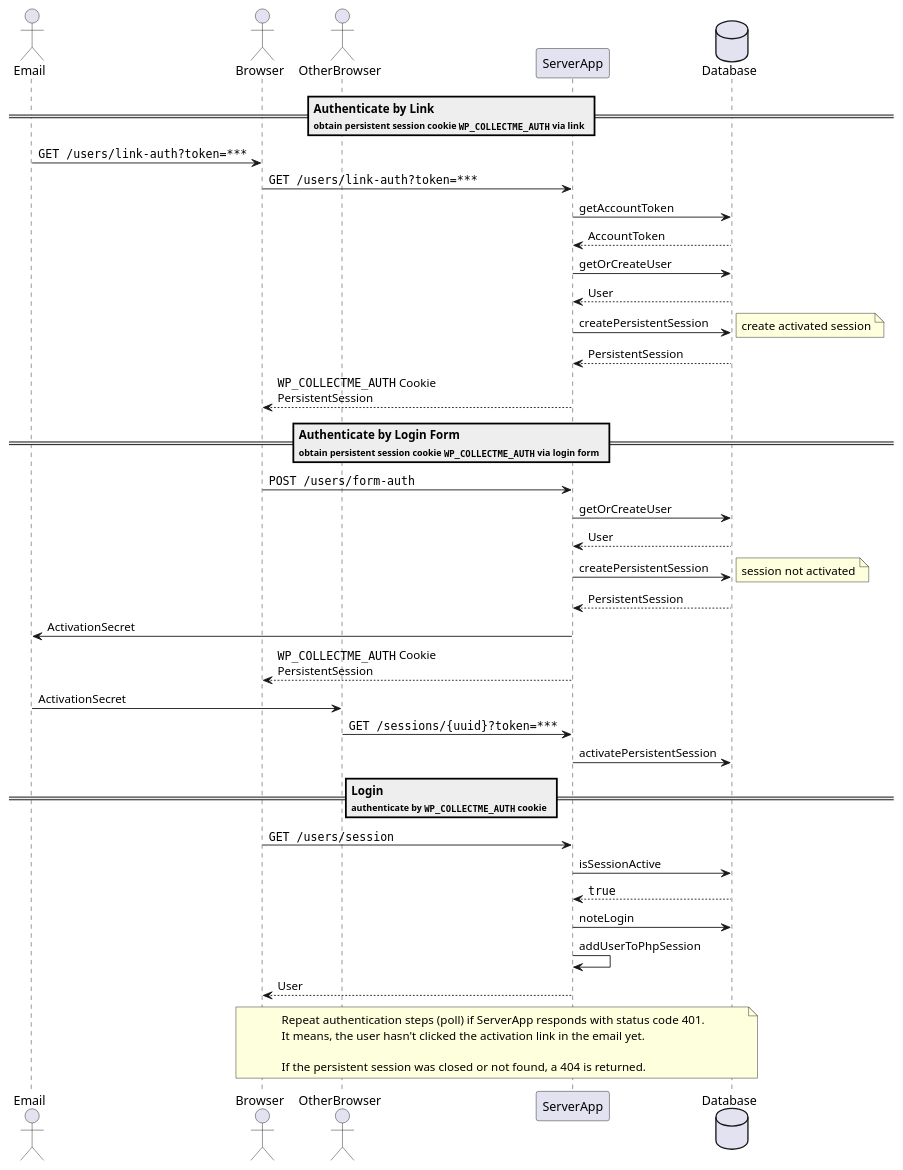
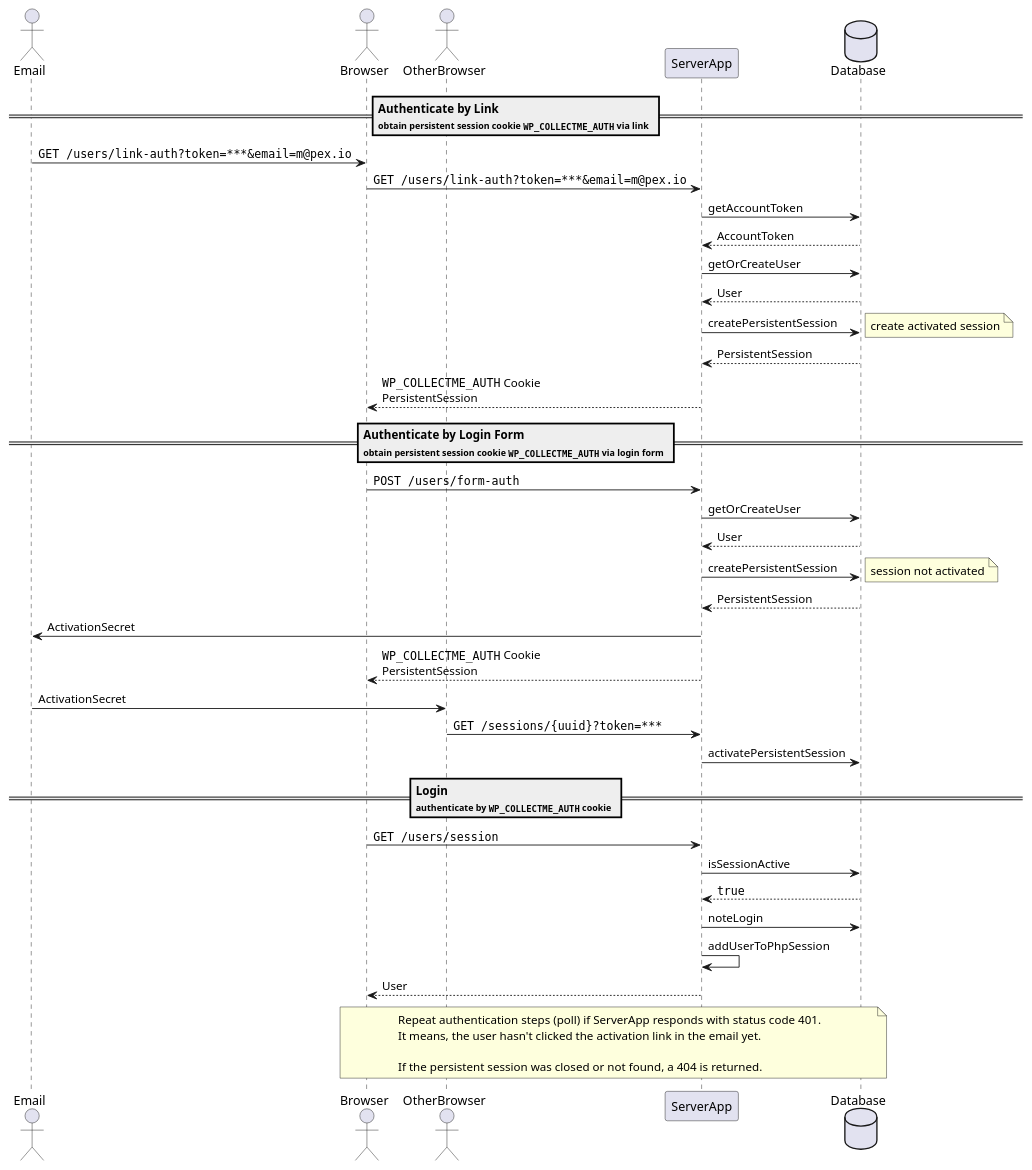
Before and after one commit to grueneschweiz/collectme: the diagram in docs/uml/login-flow.puml, drawn with PlantUML. The commit also changed 4 other files, not shown here.

```diff
--- a/docs/uml/login-flow.puml
+++ b/docs/uml/login-flow.puml
@@ -1,48 +1,48 @@
 @startuml
 Actor Email
 Actor Browser
 Actor OtherBrowser
 Participant ServerApp
 Database Database
 
 
 == Authenticate by Link\n<size:10>obtain persistent session cookie ""WP_COLLECTME_AUTH"" via link</size> ==
-Email -> Browser : ""GET /users/link-auth?token=***""
-Browser -> ServerApp : ""GET /users/link-auth?token=***""
+Email -> Browser : ""GET /users/link-auth?token=***&email=m@pex.io""
+Browser -> ServerApp : ""GET /users/link-auth?token=***&email=m@pex.io""
 ServerApp -> Database : getAccountToken
 Database --> ServerApp : AccountToken
 ServerApp -> Database  : getOrCreateUser
 Database --> ServerApp : User
 ServerApp -> Database  : createPersistentSession
 note right: create activated session
 Database --> ServerApp : PersistentSession
 ServerApp --> Browser  : ""WP_COLLECTME_AUTH"" Cookie\nPersistentSession
 
 == Authenticate by Login Form\n<size:10>obtain persistent session cookie ""WP_COLLECTME_AUTH"" via login form</size> ==
 Browser -> ServerApp   : ""POST /users/form-auth""
 ServerApp -> Database  : getOrCreateUser
 Database --> ServerApp : User
 ServerApp -> Database  : createPersistentSession
 note right: session not activated
 Database --> ServerApp : PersistentSession
 ServerApp -> Email     : ActivationSecret
 ServerApp --> Browser  : ""WP_COLLECTME_AUTH"" Cookie\nPersistentSession
 Email -> OtherBrowser  : ActivationSecret
 OtherBrowser -> ServerApp: ""GET /sessions/{uuid}?token=***""
 ServerApp -> Database  : activatePersistentSession
 
 == Login\n<size:10>authenticate by ""WP_COLLECTME_AUTH"" cookie</size> ==
 Browser -> ServerApp : ""GET /users/session""
 ServerApp -> Database : isSessionActive
 Database --> ServerApp : ""true""
 ServerApp -> Database : noteLogin
 ServerApp -> ServerApp : addUserToPhpSession
 ServerApp --> Browser : User
 
 note over Browser, Database
 Repeat authentication steps (poll) if ServerApp responds with status code 401.
 It means, the user hasn't clicked the activation link in the email yet.
 
 If the persistent session was closed or not found, a 404 is returned.
 end note
 @enduml
```
